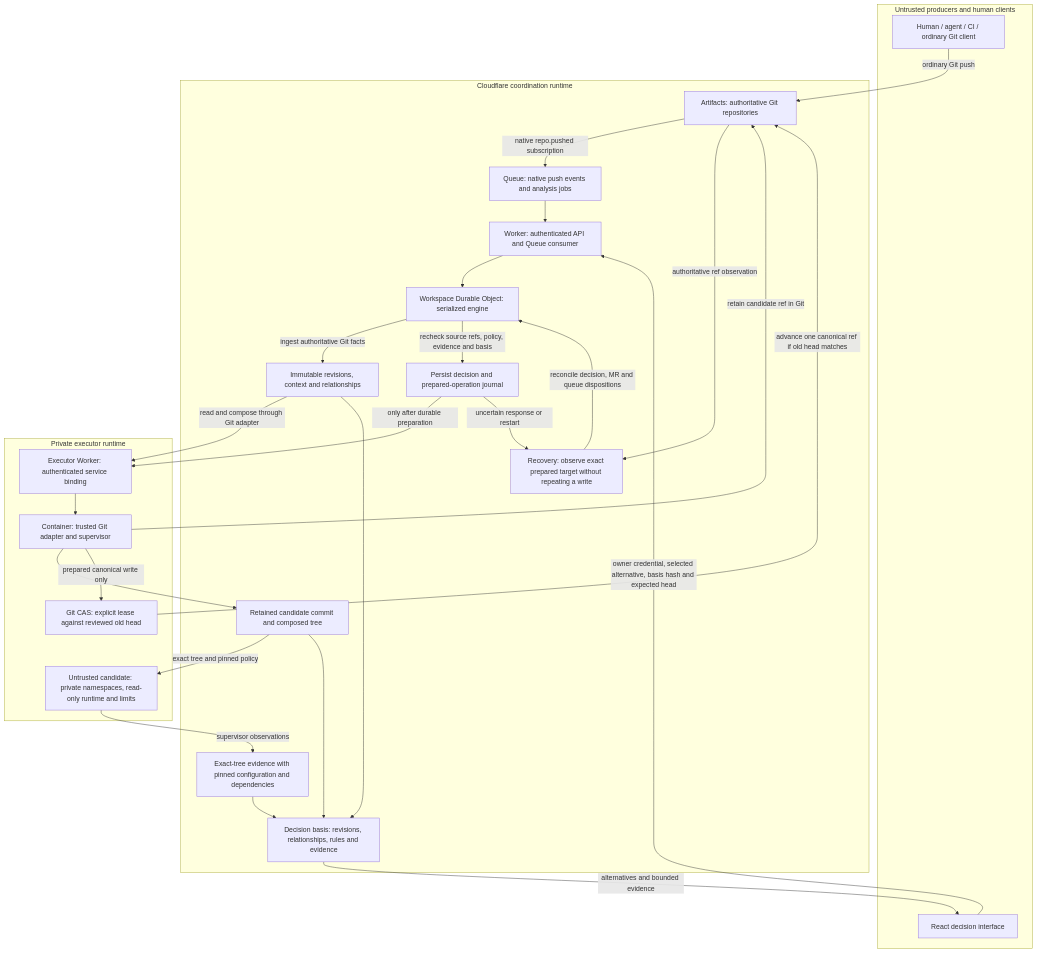
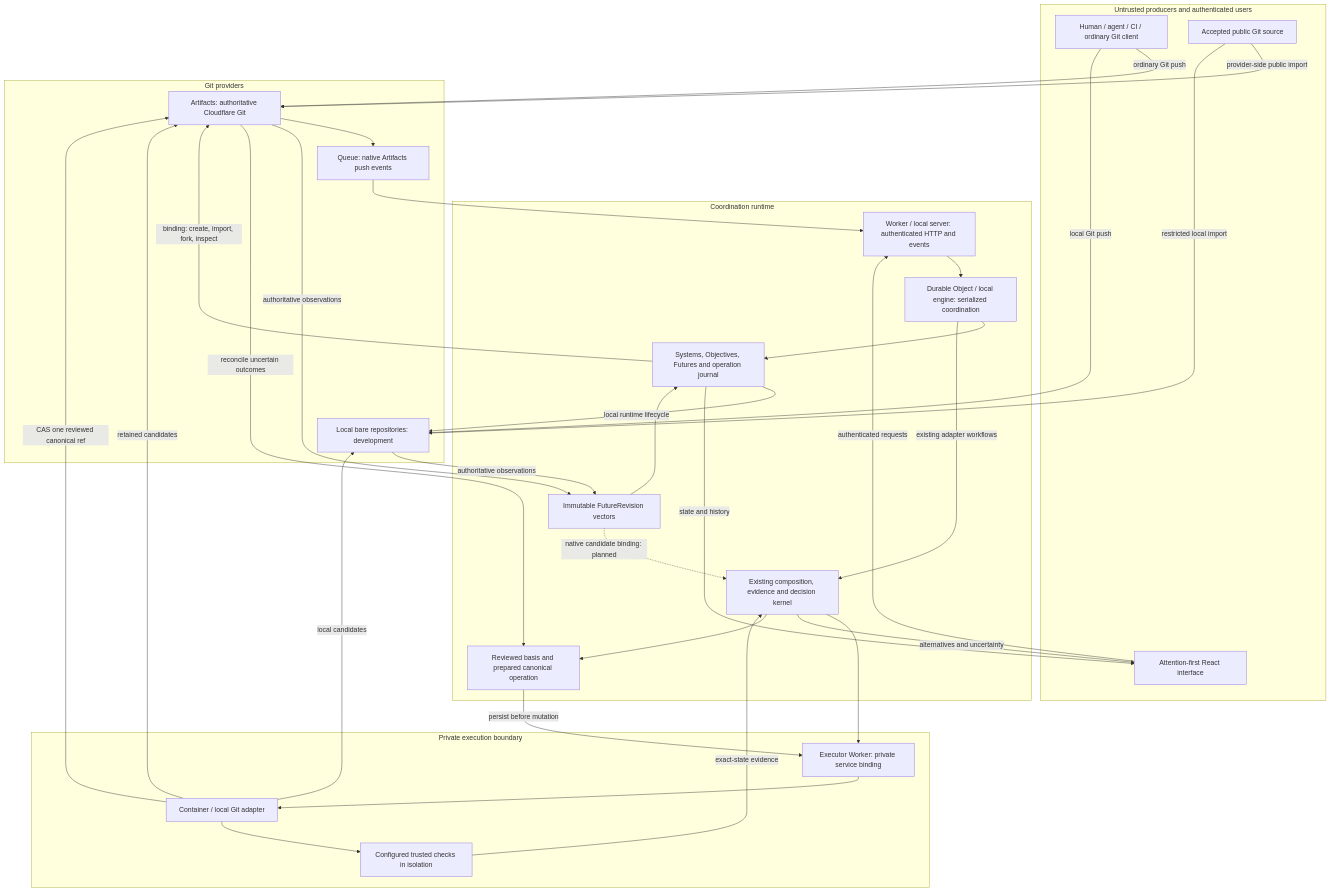
One commit to vik418/KLoCGit changed the diagram in docs/design.md. Above: the diagram before and after it, drawn with Mermaid. The commit also changed other lines of this file and 50 other files, not shown here.

Commit message:
Add native repositories and isolated Futures

````diff
--- a/docs/design.md
+++ b/docs/design.md
@@ -9,48 +11,54 @@
 ```mermaid
 flowchart TD
-    subgraph outside[Untrusted producers and human clients]
+    subgraph clients[Untrusted producers and authenticated users]
         producer[Human / agent / CI / ordinary Git client]
-        browser[React decision interface]
+        browser[Attention-first React interface]
+        source[Accepted public Git source]
     end
-    subgraph cloud[Cloudflare coordination runtime]
-        artifacts[Artifacts: authoritative Git repositories]
-        queue[Queue: native push events and analysis jobs]
-        worker[Worker: authenticated API and Queue consumer]
-        coordinator[Workspace Durable Object: serialized engine]
-        versions[Immutable revisions, context and relationships]
-        composition[Retained candidate commit and composed tree]
-        evidence[Exact-tree evidence with pinned configuration and dependencies]
-        basis[Decision basis: revisions, relationships, rules and evidence]
-        journal[Persist decision and prepared-operation journal]
-        recovery[Recovery: observe exact prepared target without repeating a write]
+    subgraph runtime[Coordination runtime]
+        api[Worker / local server: authenticated HTTP and events]
+        coordinator[Durable Object / local engine: serialized coordination]
+        native[Systems, Objectives, Futures and operation journal]
+        revisions[Immutable FutureRevision vectors]
+        kernel[Existing composition, evidence and decision kernel]
+        prepared[Reviewed basis and prepared canonical operation]
     end
-    subgraph executor[Private executor runtime]
-        gateway[Executor Worker: authenticated service binding]
-        container[Container: trusted Git adapter and supervisor]
-        sandbox[Untrusted candidate: private namespaces, read-only runtime and limits]
-        cas[Git CAS: explicit lease against reviewed old head]
+    subgraph gitProviders[Git providers]
+        artifacts[Artifacts: authoritative Cloudflare Git]
+        localGit[Local bare repositories: development]
+        queue[Queue: native Artifacts push events]
+    end
+    subgraph executor[Private execution boundary]
+        gateway[Executor Worker: private service binding]
+        git[Container / local Git adapter]
+        checks[Configured trusted checks in isolation]
     end
     producer -->|ordinary Git push| artifacts
-    artifacts -->|native repo.pushed subscription| queue
-    queue --> worker
-    browser -->|owner credential, selected alternative, basis hash and expected head| worker
-    worker --> coordinator
-    coordinator -->|ingest authoritative Git facts| versions
-    versions -->|read and compose through Git adapter| gateway
-    gateway --> container
-    container -->|retain candidate ref in Git| artifacts
-    container --> composition
-    composition -->|exact tree and pinned policy| sandbox
-    sandbox -->|supervisor observations| evidence
-    versions --> basis
-    composition --> basis
-    evidence --> basis
-    basis -->|alternatives and bounded evidence| browser
-    coordinator -->|recheck source refs, policy, evidence and basis| journal
-    journal -->|only after durable preparation| gateway
-    container -->|prepared canonical write only| cas
-    cas -->|advance one canonical ref if old head matches| artifacts
-    journal -->|uncertain response or restart| recovery
-    artifacts -->|authoritative ref observation| recovery
-    recovery -->|reconcile decision, MR and queue dispositions| coordinator
+    producer -->|local Git push| localGit
+    artifacts --> queue
+    queue --> api
+    browser -->|authenticated requests| api
+    api --> coordinator
+    coordinator --> native
+    native -->|binding: create, import, fork, inspect| artifacts
+    native -->|local runtime lifecycle| localGit
+    source -->|provider-side public import| artifacts
+    source -->|restricted local import| localGit
+    artifacts -->|authoritative observations| revisions
+    localGit -->|authoritative observations| revisions
+    revisions --> native
+    native -->|state and history| browser
+    revisions -.->|native candidate binding: planned| kernel
+    coordinator -->|existing adapter workflows| kernel
+    kernel --> gateway
+    gateway --> git
+    git -->|retained candidates| artifacts
+    git -->|local candidates| localGit
+    git --> checks
+    checks -->|exact-state evidence| kernel
+    kernel -->|alternatives and uncertainty| browser
+    kernel --> prepared
+    prepared -->|persist before mutation| gateway
+    git -->|CAS one reviewed canonical ref| artifacts
+    artifacts -->|reconcile uncertain outcomes| prepared
 ```
````
